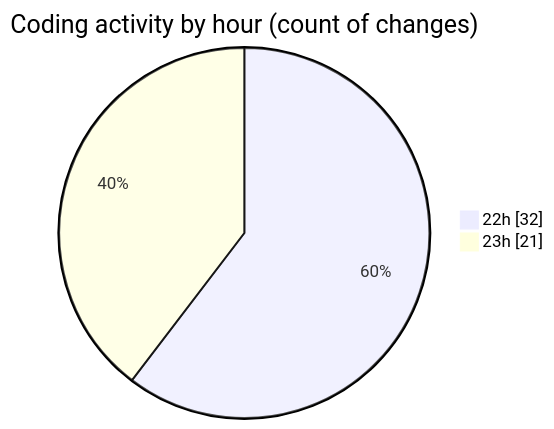
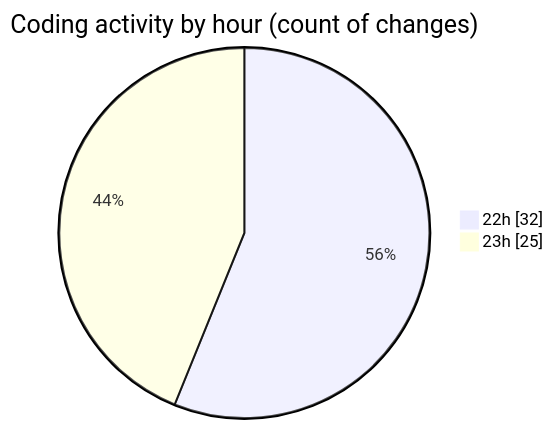
One commit to nxtqubesakshisongat/code-tracking changed the second of 2 diagrams in 2025-10-23/javacript/README.md. Above: the diagram before and after it, drawn with Mermaid. The commit also changed other lines of this file and 1 other file, not shown here.

````diff
--- a/2025-10-23/javacript/README.md
+++ b/2025-10-23/javacript/README.md
@@ -28,6 +28,6 @@
 ```mermaid
 pie showData
 title Coding activity by hour (count of changes)
 "22h" : 32
-"23h" : 21
+"23h" : 25
 ```
````
